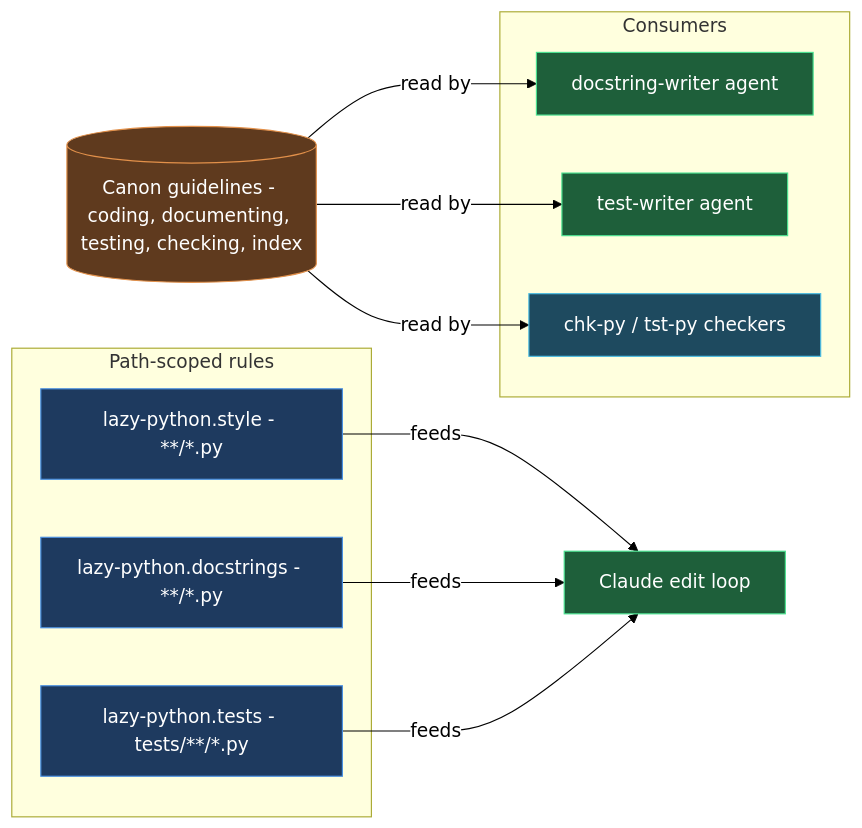
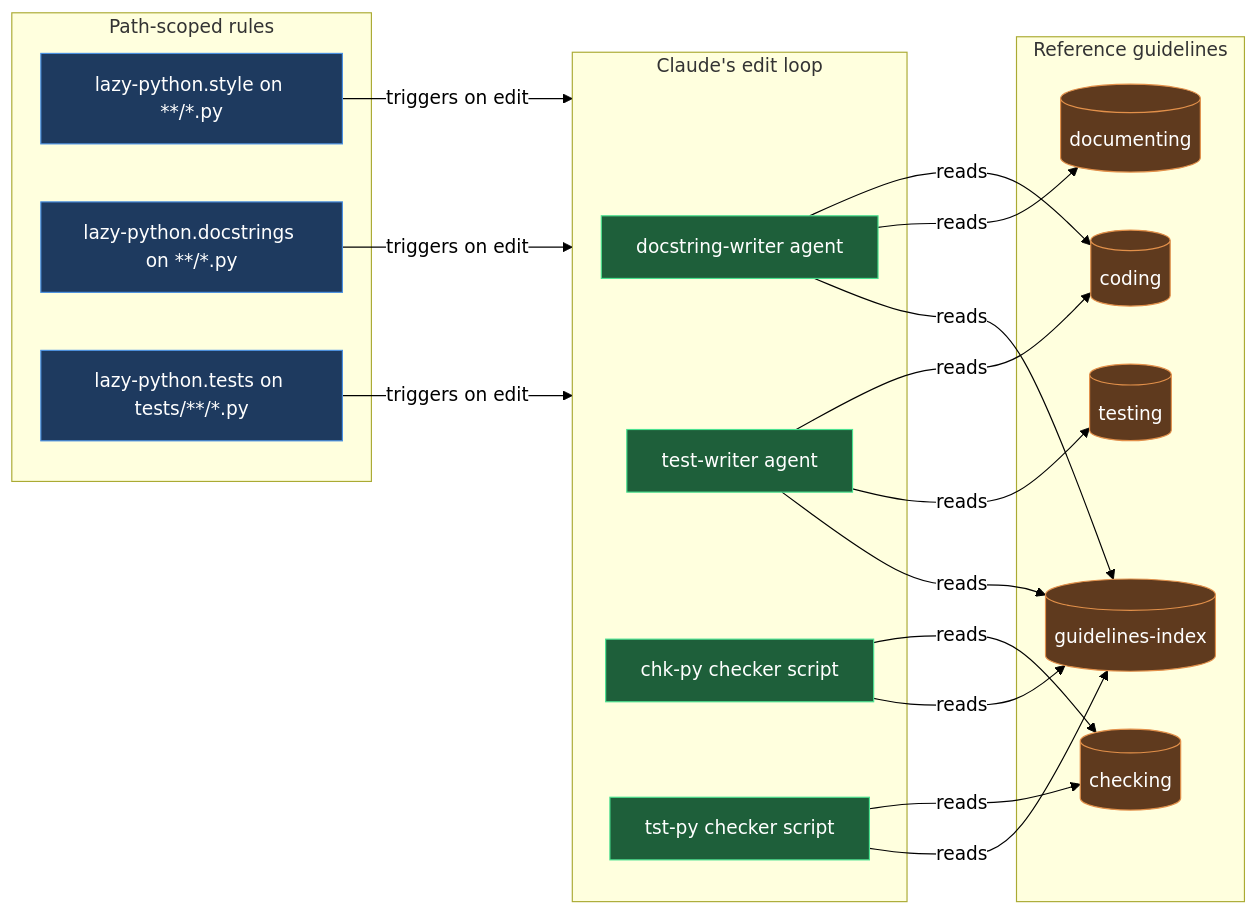
Before and after one commit to mebius-san/lazy-cortex: the diagram in claude/lazycortex-python/help/discipline.md, drawn with Mermaid. The commit also changed other lines of this file and 34 other files, not shown here.

````diff
--- a/claude/lazycortex-python/help/discipline.md
+++ b/claude/lazycortex-python/help/discipline.md
@@ -74,40 +77,56 @@
 ```mermaid
 %%{init: {'themeVariables':{'background':'transparent','lineColor':'#000','textColor':'#000','edgeLabelBackground':'#fff'},'themeCSS':'.edgeLabel{background-color:transparent!important}.edgeLabel p{background-color:transparent!important}','flowchart':{'diagramPadding':5,'useMaxWidth':true}}}%%
 flowchart LR
-  subgraph pathRules [Path-scoped rules]
-    styleRule[lazy-python.style - **/*.py]
-    docstringRule[lazy-python.docstrings - **/*.py]
-    testsRule[lazy-python.tests - tests/**/*.py]
+  subgraph rules [Path-scoped rules]
+    styleRule[lazy-python.style on **/*.py]
+    docstringsRule[lazy-python.docstrings on **/*.py]
+    testsRule[lazy-python.tests on tests/**/*.py]
   end
 
-  editLoop[Claude edit loop]
-
-  canonGuidelines[(Canon guidelines - coding, documenting, testing, checking, index)]
-
-  subgraph consumers [Consumers]
+  subgraph editLoop [Claude's edit loop]
     docstringWriter[docstring-writer agent]
     testWriter[test-writer agent]
-    checkers[chk-py / tst-py checkers]
+    chkPy[chk-py checker script]
+    tstPy[tst-py checker script]
   end
 
-  styleRule -->|feeds| editLoop
-  docstringRule -->|feeds| editLoop
-  testsRule -->|feeds| editLoop
-  canonGuidelines -->|read by| docstringWriter
-  canonGuidelines -->|read by| testWriter
-  canonGuidelines -->|read by| checkers
+  subgraph guidelines [Reference guidelines]
+    codingGuide[(coding)]
+    documentingGuide[(documenting)]
+    testingGuide[(testing)]
+    checkingGuide[(checking)]
+    indexGuide[(guidelines-index)]
+  end
+
+  styleRule -->|triggers on edit| editLoop
+  docstringsRule -->|triggers on edit| editLoop
+  testsRule -->|triggers on edit| editLoop
+
+  docstringWriter -->|reads| codingGuide
+  docstringWriter -->|reads| documentingGuide
+  docstringWriter -->|reads| indexGuide
+  testWriter -->|reads| codingGuide
+  testWriter -->|reads| testingGuide
+  testWriter -->|reads| indexGuide
+  chkPy -->|reads| checkingGuide
+  chkPy -->|reads| indexGuide
+  tstPy -->|reads| checkingGuide
+  tstPy -->|reads| indexGuide
 
   classDef entry fill:#1e3a5f,stroke:#4a90e2,color:#fff
   classDef action fill:#1e5f3a,stroke:#4ae290,color:#fff
   classDef store fill:#5f3a1e,stroke:#e2904a,color:#fff
-  classDef service fill:#1e4a5f,stroke:#4abce2,color:#fff
 
   class styleRule entry
-  class docstringRule entry
+  class docstringsRule entry
   class testsRule entry
-  class editLoop action
-  class canonGuidelines store
   class docstringWriter action
   class testWriter action
-  class checkers service
+  class chkPy action
+  class tstPy action
+  class codingGuide store
+  class documentingGuide store
+  class testingGuide store
+  class checkingGuide store
+  class indexGuide store
 ```
````
